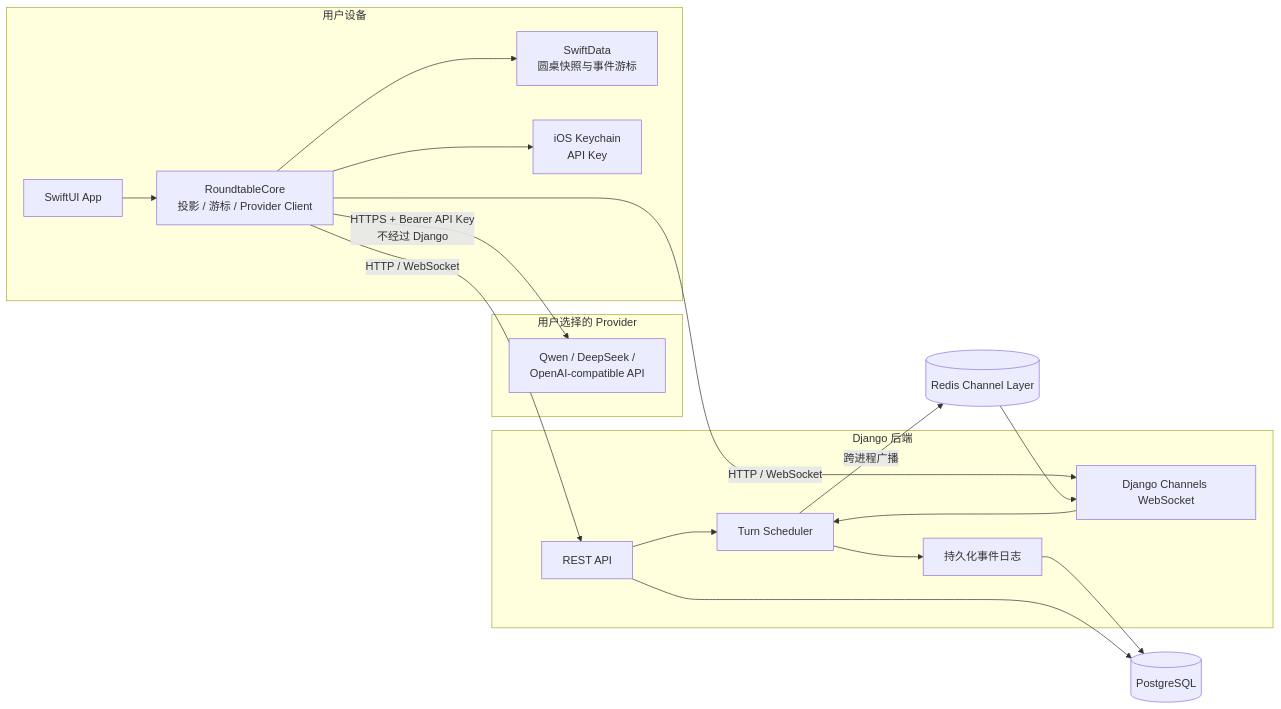
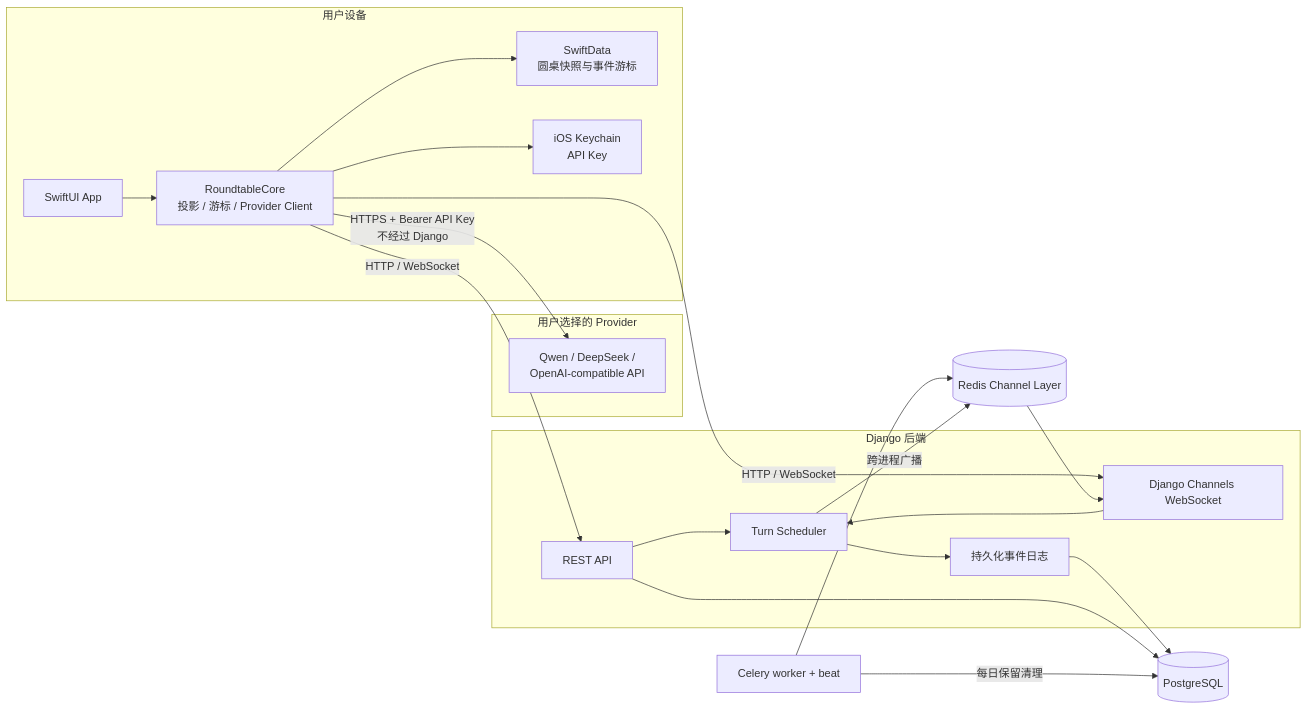
The diagram in docs/architecture.md (WangFugui6672/agent-roundtable), drawn with Mermaid before and after one commit. The commit also changed other lines of this file and 67 other files, not shown here.

````diff
--- a/docs/architecture.md
+++ b/docs/architecture.md
@@ -5,37 +5,40 @@
 ```mermaid
 flowchart LR
     subgraph Device["用户设备"]
         UI["SwiftUI App"]
         Core["RoundtableCore<br/>投影 / 游标 / Provider Client"]
         Store["SwiftData<br/>圆桌快照与事件游标"]
         Keychain["iOS Keychain<br/>API Key"]
     end
 
     subgraph Provider["用户选择的 Provider"]
         LLM["Qwen / DeepSeek /<br/>OpenAI-compatible API"]
     end
 
     subgraph Backend["Django 后端"]
         REST["REST API"]
         WS["Django Channels WebSocket"]
         Scheduler["Turn Scheduler"]
         Events["持久化事件日志"]
     end
 
     Postgres[("PostgreSQL")]
     Redis[("Redis Channel Layer")]
+    Celery["Celery worker + beat"]
 
     UI --> Core
     Core --> Store
     Core --> Keychain
     Core -->|"HTTPS + Bearer API Key<br/>不经过 Django"| LLM
     Core -->|"HTTP / WebSocket"| REST
     Core -->|"HTTP / WebSocket"| WS
     REST --> Scheduler
     WS --> Scheduler
     Scheduler --> Events
     Events --> Postgres
     REST --> Postgres
     Scheduler -->|"跨进程广播"| Redis
     Redis --> WS
+    Celery -->|"每日保留清理"| Postgres
+    Celery --> Redis
 ```
````
